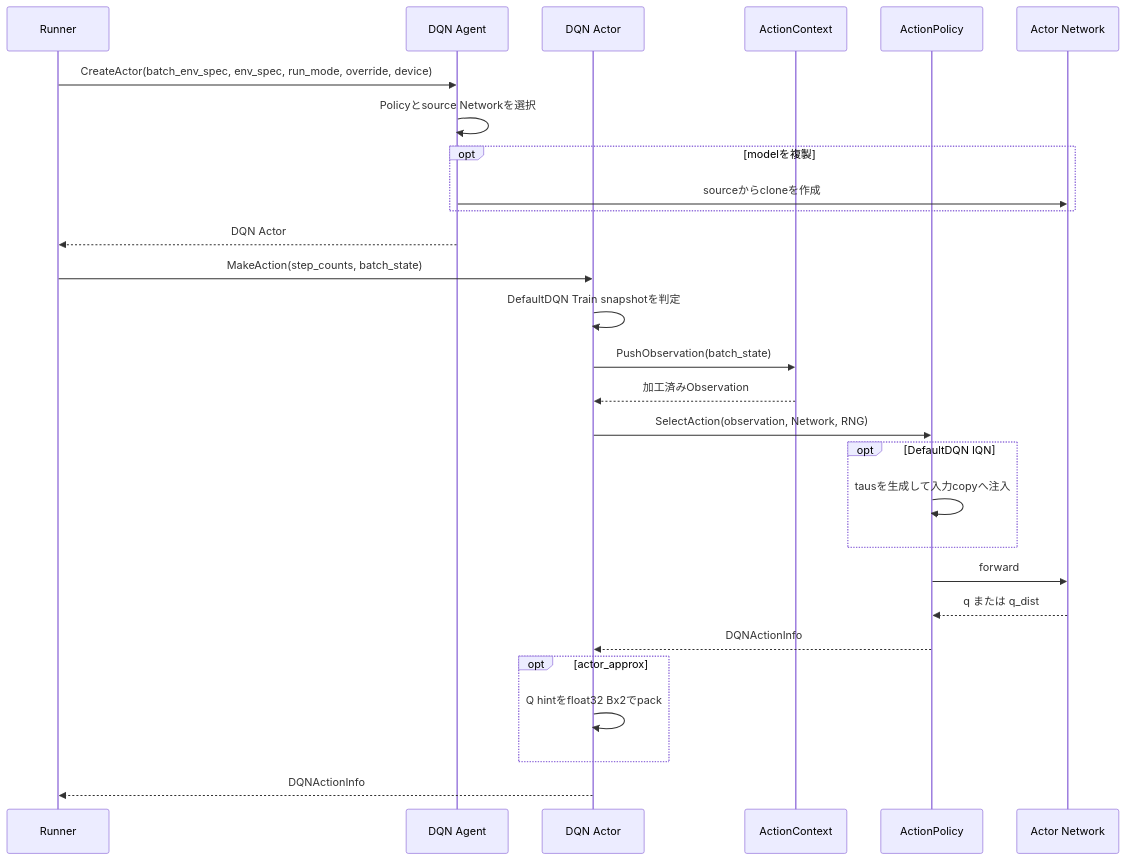
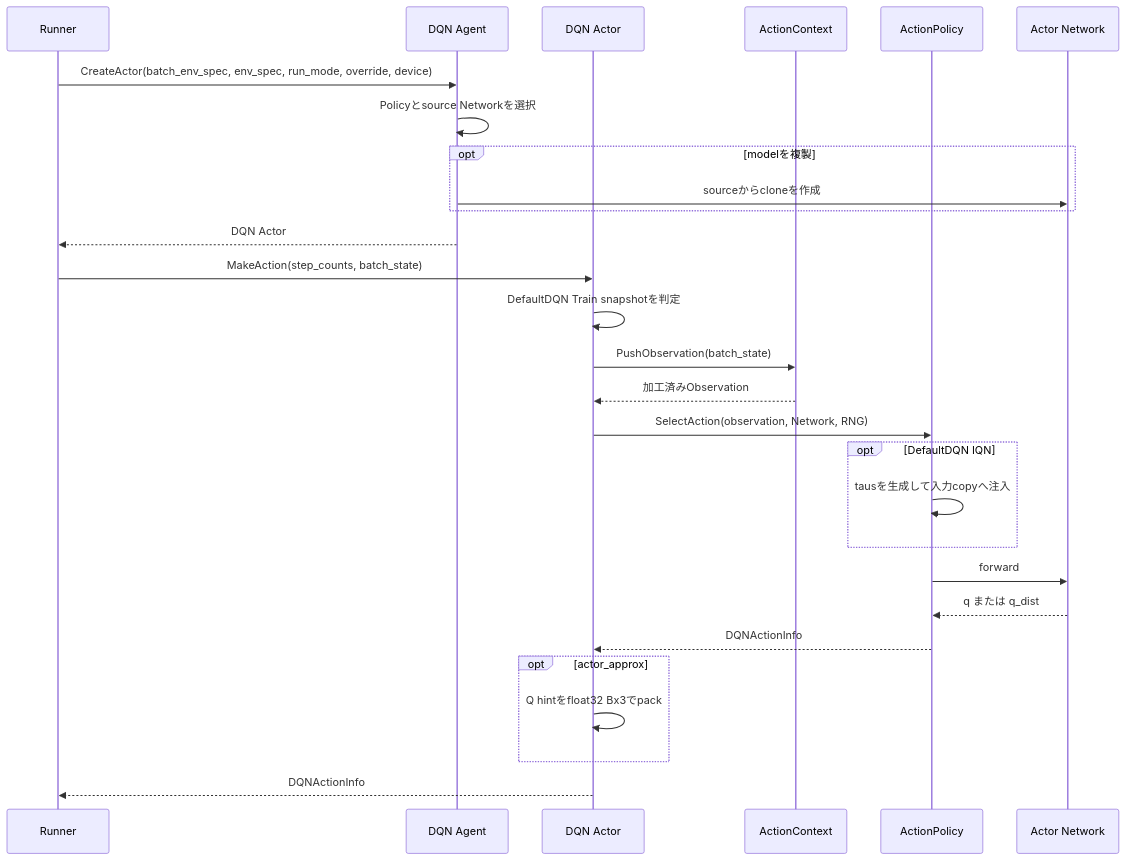
One commit to kazukin123/anet-lab changed the second of 4 diagrams in docs/design/200_dqn_agents.jp.md. Above: the diagram before and after it, drawn with Mermaid. The commit also changed other lines of this file and 16 other files, not shown here.

````diff
--- a/docs/design/200_dqn_agents.jp.md
+++ b/docs/design/200_dqn_agents.jp.md
@@ -154,31 +155,31 @@
 ```mermaid
 sequenceDiagram
     participant R as Runner
     participant G as DQN Agent
     participant A as DQN Actor
     participant C as ActionContext
     participant P as ActionPolicy
     participant N as Actor Network
 
     R->>G: CreateActor(batch_env_spec, env_spec, run_mode, override, device)
     G->>G: Policyとsource Networkを選択
     opt modelを複製
         G->>N: sourceからcloneを作成
     end
     G-->>R: DQN Actor
     R->>A: MakeAction(step_counts, batch_state)
     A->>A: DefaultDQN Train snapshotを判定
     A->>C: PushObservation(batch_state)
     C-->>A: 加工済みObservation
     A->>P: SelectAction(observation, Network, RNG)
     opt DefaultDQN IQN
         P->>P: tausを生成して入力copyへ注入
     end
     P->>N: forward
     N-->>P: q または q_dist
     P-->>A: DQNActionInfo
     opt actor_approx
-        A->>A: Q hintをfloat32 Bx2でpack
+        A->>A: Q hintをfloat32 Bx3でpack
     end
     A-->>R: DQNActionInfo
 ```
````
